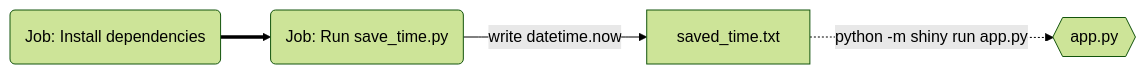
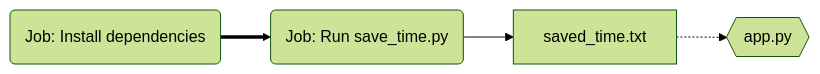
The second of 4 diagrams in blogs/07-schedule-deploy-shinyapps.qmd (r-leyshon/blogging), drawn with Mermaid (forest theme) before and after one commit. The commit also changed other lines of this file and 6 other files, not shown here.

Commit message:
refactor: Styling mermaid chart content

````diff
--- a/blogs/07-schedule-deploy-shinyapps.qmd
+++ b/blogs/07-schedule-deploy-shinyapps.qmd
@@ -124,9 +124,9 @@
 ```{mermaid}
 flowchart LR
     B(Job: Install dependencies)
     B ==> C(Job: Run save_time.py)
-    C -->|write datetime.now| D[saved_time.txt]
+    C --> D[saved_time.txt]
 
     G{{app.py}}
-    D -.->|python -m shiny run app.py| G  
+    D -.-> G  
 ```
````
